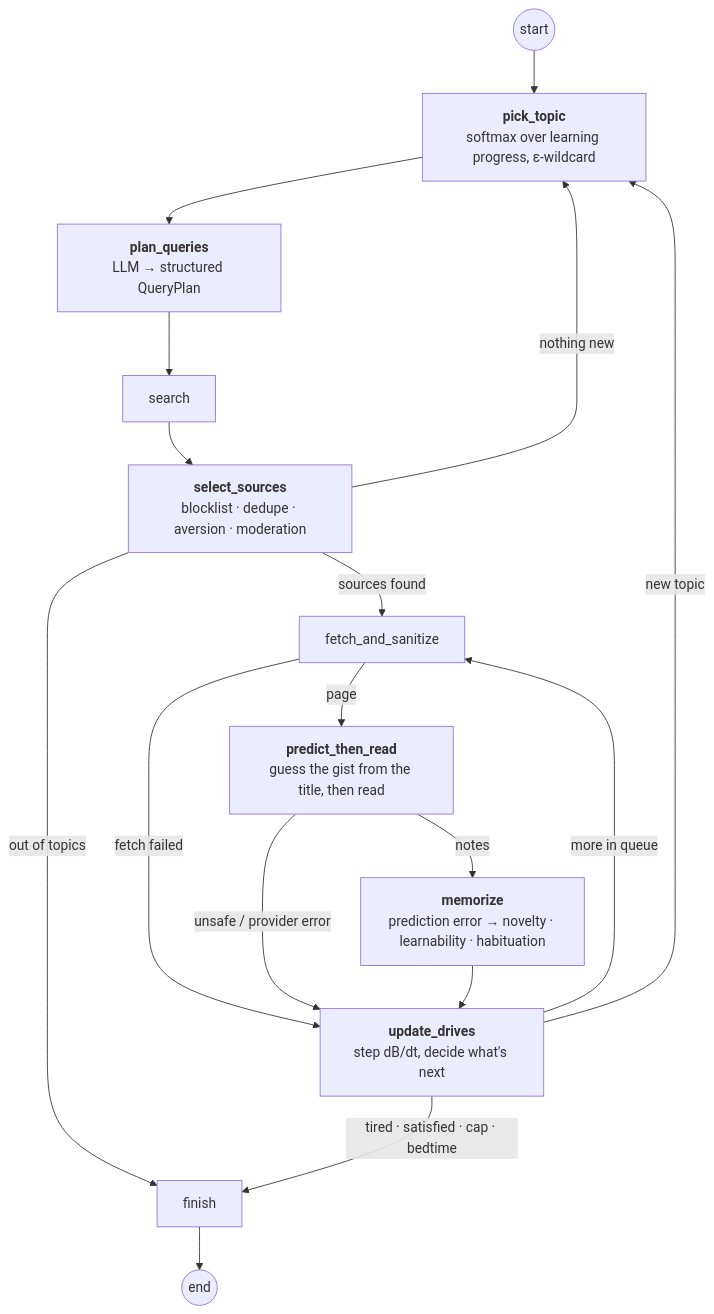
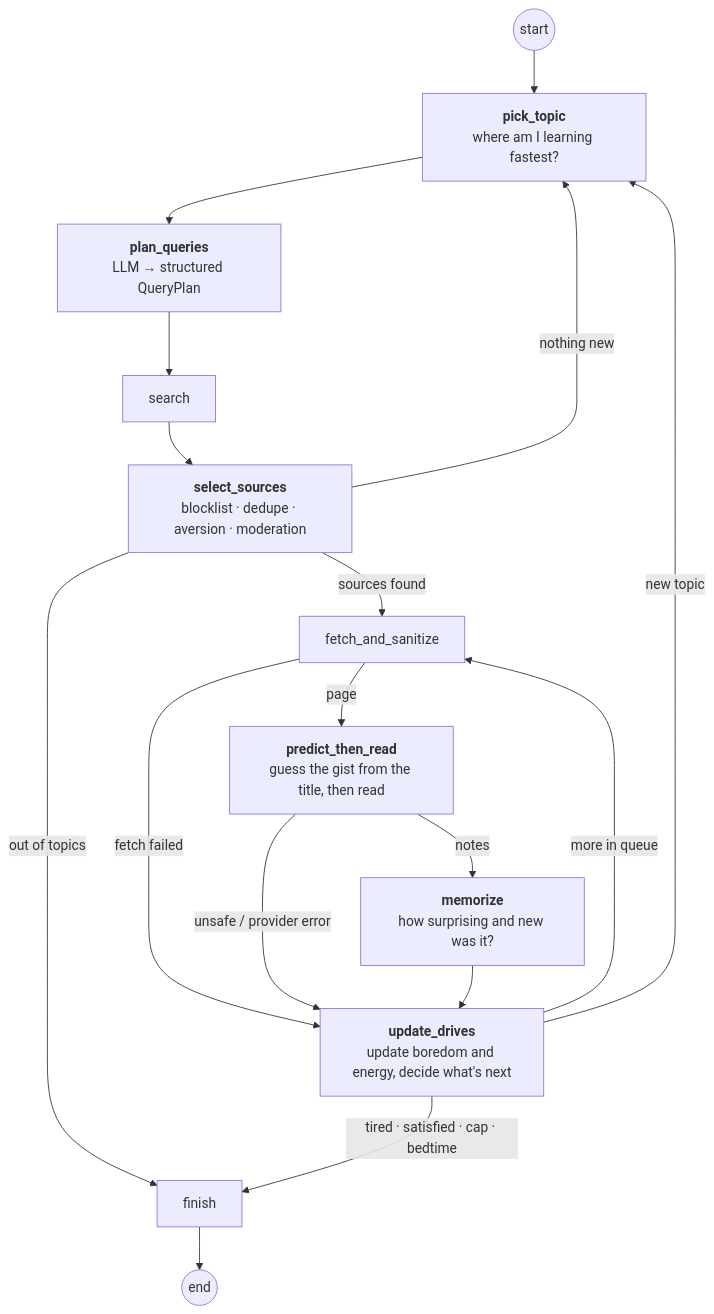
The second of 3 diagrams in README.md (weirui828/dream-pet), drawn with Mermaid before and after one commit. The commit also changed other lines of this file, not shown here.

````diff
--- a/README.md
+++ b/README.md
@@ -97,19 +96,19 @@
 ```mermaid
 flowchart TD
     S((start)) --> pick_topic
-    pick_topic["<b>pick_topic</b><br/>softmax over learning progress, ε-wildcard"] --> plan_queries["<b>plan_queries</b><br/>LLM → structured QueryPlan"]
+    pick_topic["<b>pick_topic</b><br/>where am I learning fastest?"] --> plan_queries["<b>plan_queries</b><br/>LLM → structured QueryPlan"]
     plan_queries --> search
     search --> select_sources["<b>select_sources</b><br/>blocklist · dedupe · aversion · moderation"]
     select_sources -- sources found --> fetch_and_sanitize
     select_sources -- nothing new --> pick_topic
     select_sources -- out of topics --> finish
     fetch_and_sanitize -- page --> predict_then_read["<b>predict_then_read</b><br/>guess the gist from the title, then read"]
     fetch_and_sanitize -- fetch failed --> update_drives
-    predict_then_read -- notes --> memorize["<b>memorize</b><br/>prediction error → novelty · learnability · habituation"]
+    predict_then_read -- notes --> memorize["<b>memorize</b><br/>how surprising and new was it?"]
     predict_then_read -- unsafe / provider error --> update_drives
-    memorize --> update_drives["<b>update_drives</b><br/>step dB/dt, decide what's next"]
+    memorize --> update_drives["<b>update_drives</b><br/>update boredom and energy, decide what's next"]
     update_drives -- more in queue --> fetch_and_sanitize
     update_drives -- new topic --> pick_topic
     update_drives -- tired · satisfied · cap · bedtime --> finish
     finish --> E((end))
 ```
````
